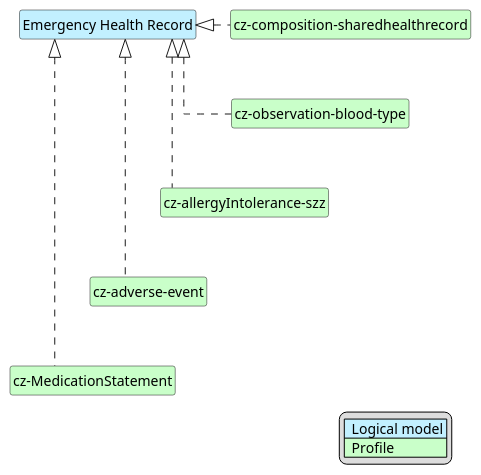
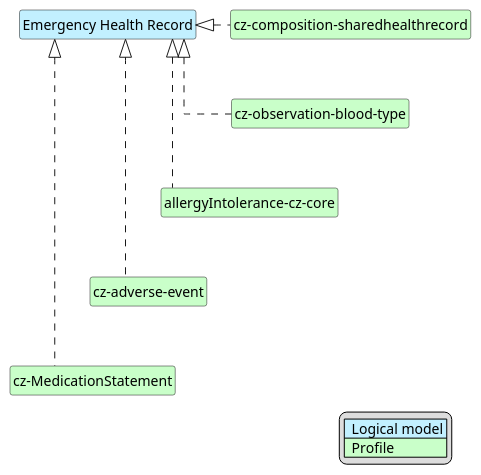
The diagram in input/images-source/szz-ezz-map.plantuml (HL7-cz/szz), drawn with PlantUML before and after one commit. The commit also changed 12 other files, not shown here.

```diff
--- a/input/images-source/szz-ezz-map.plantuml
+++ b/input/images-source/szz-ezz-map.plantuml
@@ -1,35 +1,35 @@
 @startuml
 hide circle
 hide stereotype
 hide members
 hide methods
 skinparam linetype ortho
 skinparam class {
 BackgroundColor<<LogicalModel>> #APPLICATION
 BackgroundColor<<Profile>> #TECHNOLOGY
 }
 legend right
 | <#APPLICATION>  Logical model |
 | <#TECHNOLOGY>  Profile |
 endlegend
 
 class "Emergency Health Record" <<LogicalModel>> [[StructureDefinition-EmergencyRecordCz.html]]
 
 class "cz-composition-sharedhealthrecord" <<Profile>> [[StructureDefinition-cz-composition-sharedhealthrecord.html]]
 class "cz-observation-blood-type" <<Profile>> [[StructureDefinition-cz-observation-blood-type.html]]
-class "cz-allergyIntolerance-szz" <<Profile>> [[StructureDefinition-cz-allergyIntolerance-szz.html]]
+class "allergyIntolerance-cz-core" <<Profile>> [[https://build.fhir.org/ig/HL7-cz/cz-core/StructureDefinition-allergyIntolerance-cz-core.html]]
 class "cz-adverse-event" <<Profile>> [[StructureDefinition-cz-adverse-event.html]]
 class "cz-MedicationStatement" <<Profile>> [[https://build.fhir.org/ig/HL7-cz/cz-core/StructureDefinition-cz-MedicationStatement.html]]
 
 "Emergency Health Record" <|. "cz-composition-sharedhealthrecord"
 "Emergency Health Record" <|. "cz-observation-blood-type"
-"Emergency Health Record" <|. "cz-allergyIntolerance-szz"
+"Emergency Health Record" <|. "allergyIntolerance-cz-core"
 "Emergency Health Record" <|. "cz-adverse-event"
 "Emergency Health Record" <|. "cz-MedicationStatement"
 
 "cz-composition-sharedhealthrecord" -d[hidden]-> "cz-observation-blood-type"
-"cz-observation-blood-type" -d[hidden]-> "cz-allergyIntolerance-szz"
-"cz-allergyIntolerance-szz" -d[hidden]-> "cz-adverse-event"
+"cz-observation-blood-type" -d[hidden]-> "allergyIntolerance-cz-core"
+"allergyIntolerance-cz-core" -d[hidden]-> "cz-adverse-event"
 "cz-adverse-event" -d[hidden]-> "cz-MedicationStatement"
 
 @enduml
```
